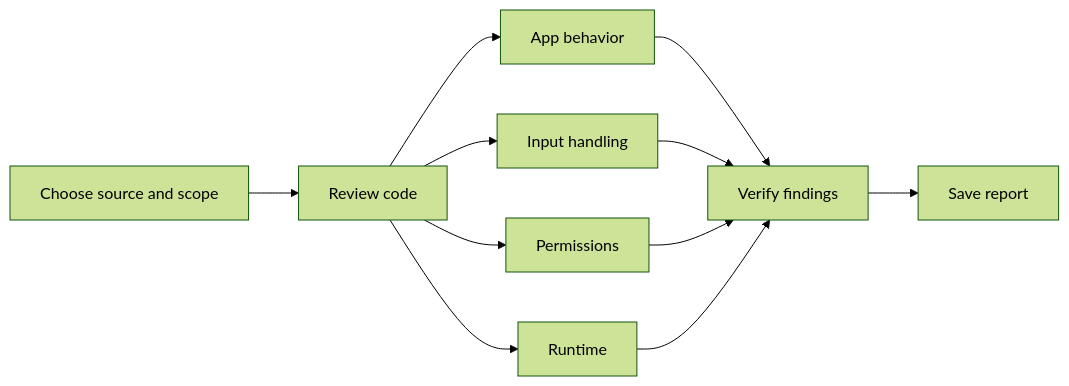
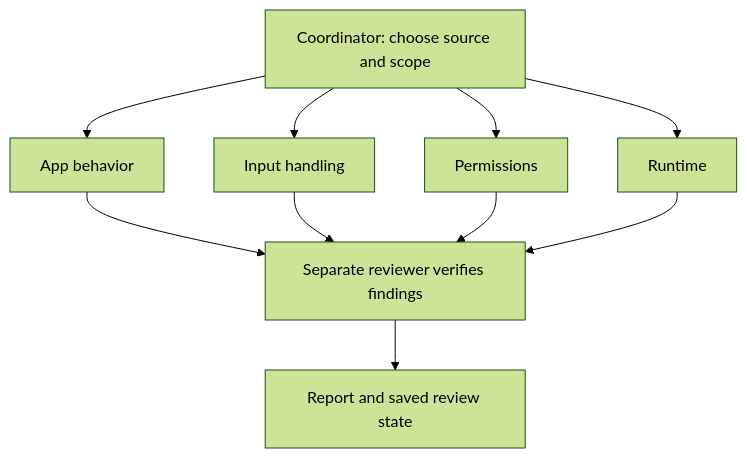
Before and after one commit to Omern187/HydraScan: the diagram in README.md, drawn with Mermaid (forest theme). The commit also changed other lines of this file and 1 other file, not shown here.

````diff
--- a/README.md
+++ b/README.md
@@ -52,13 +88,13 @@
 ```mermaid
-flowchart LR
-    A[Choose source and scope] --> B[Review code]
-    B --> C[App behavior]
-    B --> D[Input handling]
-    B --> E[Permissions]
-    B --> F[Runtime]
-    C --> G[Verify findings]
-    D --> G
-    E --> G
-    F --> G
-    G --> H[Save report]
+flowchart TB
+    A[Coordinator: choose source and scope]
+    A --> B[App behavior]
+    A --> C[Input handling]
+    A --> D[Permissions]
+    A --> E[Runtime]
+    B --> F[Separate reviewer verifies findings]
+    C --> F
+    D --> F
+    E --> F
+    F --> G[Report and saved review state]
 ```
````
